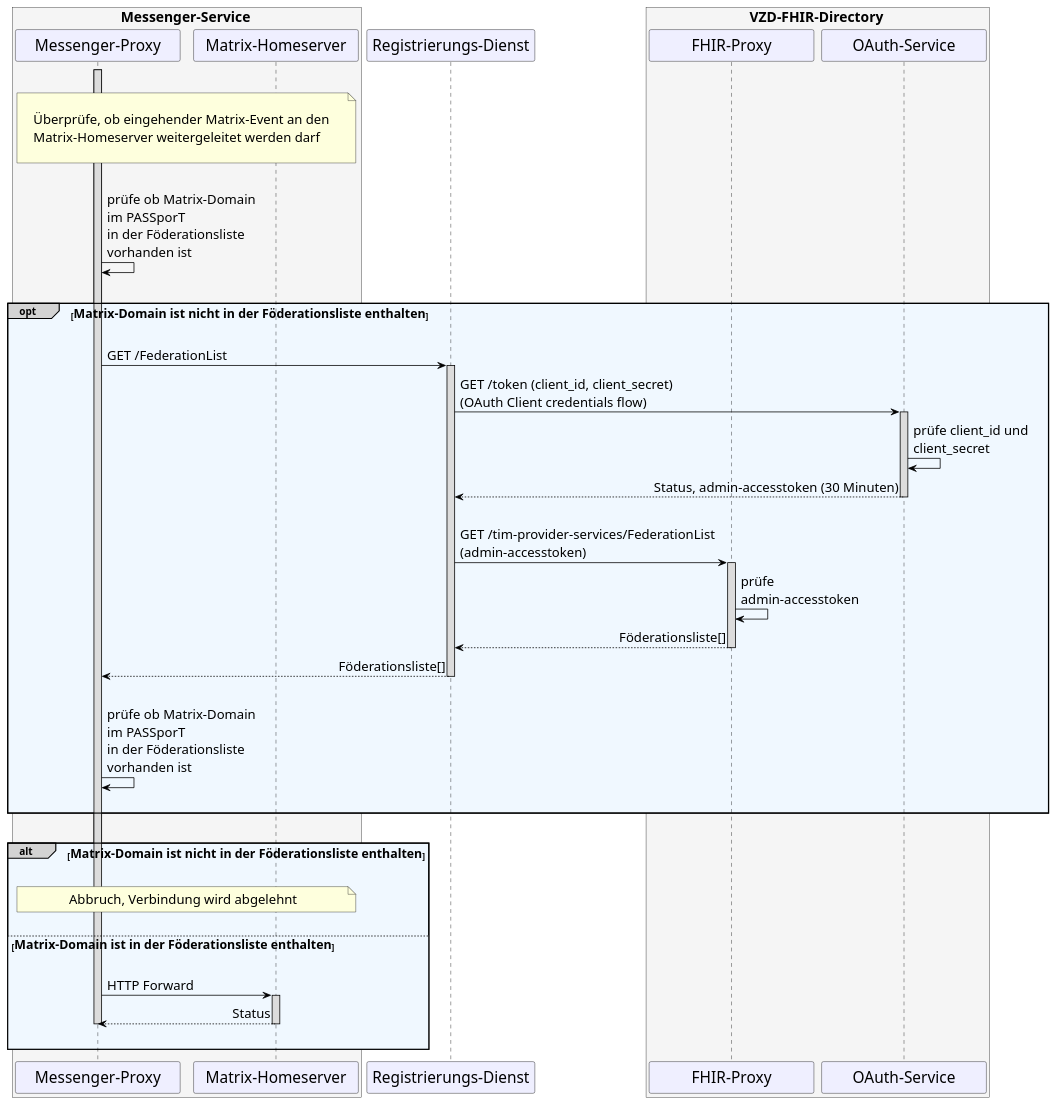
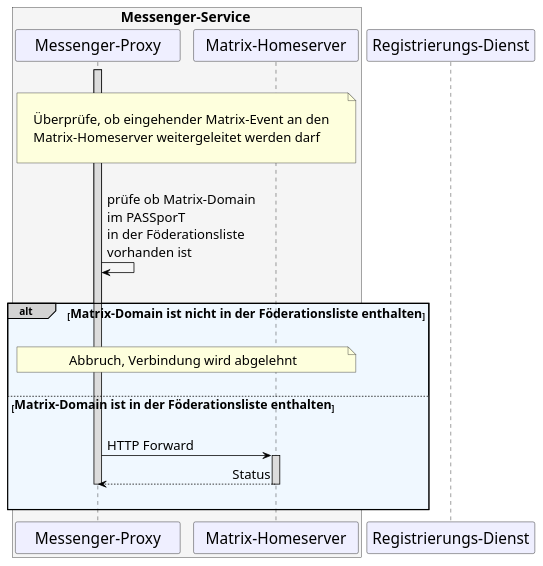
The diagram in src/plantuml/TI-Messenger-Dienst/Ressourcen/UC_10064_Seq.puml (gematik/api-ti-messenger), drawn with PlantUML before and after one commit.

```diff
--- a/src/plantuml/TI-Messenger-Dienst/Ressourcen/UC_10064_Seq.puml
+++ b/src/plantuml/TI-Messenger-Dienst/Ressourcen/UC_10064_Seq.puml
@@ -9,89 +9,58 @@
 @startuml
 skinparam sequenceMessageAlign direction
 skinparam minClassWidth 200
 skinparam BoxPadding 1
 skinparam sequenceReferenceHeaderBackgroundColor palegreen
 scale max 2048 width
 
 skinparam sequence {
 ArrowColor black
 ArrowFontSize 17
 ActorBorderColor black
 LifeLineBorderColor black
 LifeLineBackgroundColor Gainsboro
 
 ParticipantBorderColor Motivation
 ParticipantBackgroundColor Motivation
 ParticipantFontName Impact
 ParticipantFontSize 20
 ParticipantFontColor black
 ParticipantBorderColor Black
 ParticipantBackgroundColor MOTIVATION
 
 ActorBackgroundColor Gainsboro
 ActorFontColor black
 ActorFontSize 20
 ActorFontName Aapex
 }
     box <size:18>Messenger-Service</size> #WhiteSmoke
     participant MP as "Messenger-Proxy"
     participant MH as "Matrix-Homeserver"
     end box
     participant RD as "Registrierungs-Dienst"
-    box <size:18>VZD-FHIR-Directory</size> #WhiteSmoke
-      participant FP as "FHIR-Proxy"
-      participant AS as "OAuth-Service"
-    end box
 
 |||
 note over MP, MH: \n<size:17>Überprüfe, ob eingehender Matrix-Event an den \n<size:17>Matrix-Homeserver weitergeleitet werden darf</size>\n
 |||
 
     Activate MP
   MP->MP: prüfe ob Matrix-Domain \nim PASSporT \nin der Föderationsliste \nvorhanden ist
 
 |||
-opt#LightGrey #AliceBlue <size:16>Matrix-Domain ist nicht in der Föderationsliste enthalten</size>
-|||  
-
-  MP->RD: GET /FederationList
-    Activate RD
-
-    RD->AS: GET /token (client_id, client_secret) \n(OAuth Client credentials flow)
-      Activate AS
-    AS->AS: prüfe client_id und \nclient_secret
-    AS-->RD: Status, admin-accesstoken (30 Minuten)
-      Deactivate AS  
-
-    |||
-    RD->FP: GET /tim-provider-services/FederationList \n(admin-accesstoken)
-      Activate FP
-    FP->FP: prüfe \nadmin-accesstoken
-    FP-->RD: Föderationsliste[]
-
-      Deactivate FP
-    RD-->MP: Föderationsliste[]
-      Deactivate RD
-    |||
-    MP->MP: prüfe ob Matrix-Domain \nim PASSporT \nin der Föderationsliste \nvorhanden ist
-    |||
-end
-|||
-
 alt#LightGrey #AliceBlue <size:16>Matrix-Domain ist nicht in der Föderationsliste enthalten</size>
 |||  
 
   note over MP, MH: <size:17>Abbruch, Verbindung wird abgelehnt</size>
   ||| 
   
   else <size:16>Matrix-Domain ist in der Föderationsliste enthalten</size>
     ||| 
     MP->MH: HTTP Forward
       Activate MH
     MH-->MP: Status
       Deactivate MH
       Deactivate MP
     ||| 
 
 end
 @enduml
```
